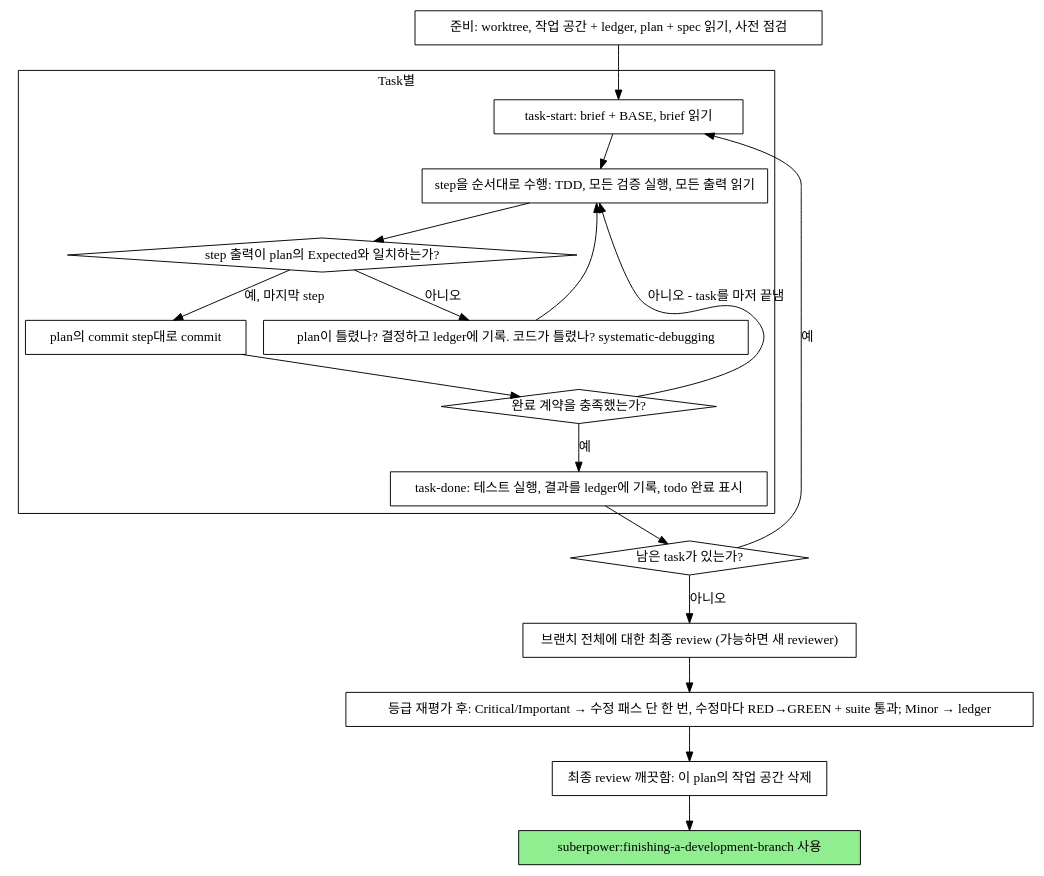
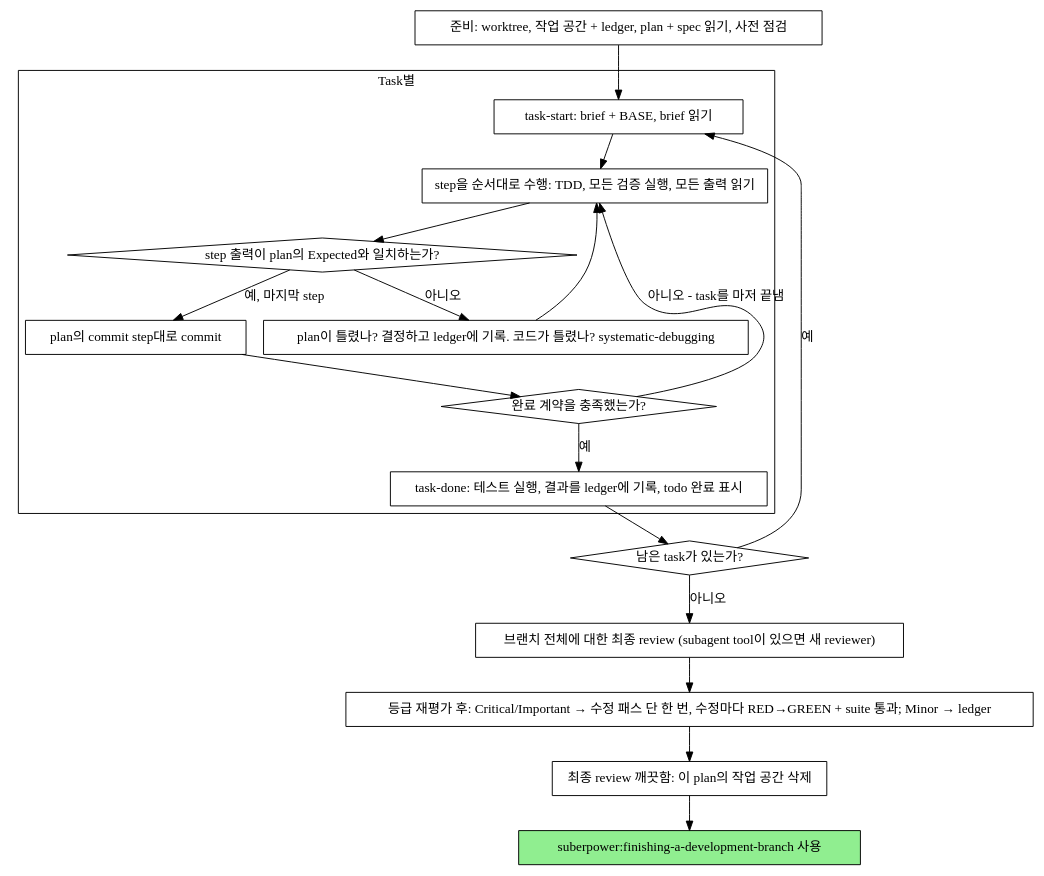
The diagram in plugins/suberpower/skills/executing-plans/SKILL.md (june20516/suberpower), drawn with Graphviz before and after one commit. The commit also changed other lines of this file and 2 other files, not shown here.

First line of the commit message:
수정: executing-plans quality review 반영 — TDD 지시 대상 명시, 문장 정리, 맥락 용어 통일, 용어집 추가

````diff
--- a/plugins/suberpower/skills/executing-plans/SKILL.md
+++ b/plugins/suberpower/skills/executing-plans/SKILL.md
@@ -67,39 +67,39 @@
 ```dot
 digraph process {
     rankdir=TB;
 
     subgraph cluster_per_task {
         label="Task별";
         "task-start: brief + BASE, brief 읽기" [shape=box];
         "step을 순서대로 수행: TDD, 모든 검증 실행, 모든 출력 읽기" [shape=box];
         "step 출력이 plan의 Expected와 일치하는가?" [shape=diamond];
         "plan이 틀렸나? 결정하고 ledger에 기록. 코드가 틀렸나? systematic-debugging" [shape=box];
         "plan의 commit step대로 commit" [shape=box];
         "완료 계약을 충족했는가?" [shape=diamond];
         "task-done: 테스트 실행, 결과를 ledger에 기록, todo 완료 표시" [shape=box];
     }
 
     "준비: worktree, 작업 공간 + ledger, plan + spec 읽기, 사전 점검" [shape=box];
     "남은 task가 있는가?" [shape=diamond];
-    "브랜치 전체에 대한 최종 review (가능하면 새 reviewer)" [shape=box];
+    "브랜치 전체에 대한 최종 review (subagent tool이 있으면 새 reviewer)" [shape=box];
     "등급 재평가 후: Critical/Important → 수정 패스 단 한 번, 수정마다 RED→GREEN + suite 통과; Minor → ledger" [shape=box];
     "최종 review 깨끗함: 이 plan의 작업 공간 삭제" [shape=box];
     "suberpower:finishing-a-development-branch 사용" [shape=box style=filled fillcolor=lightgreen];
 
     "준비: worktree, 작업 공간 + ledger, plan + spec 읽기, 사전 점검" -> "task-start: brief + BASE, brief 읽기";
     "task-start: brief + BASE, brief 읽기" -> "step을 순서대로 수행: TDD, 모든 검증 실행, 모든 출력 읽기";
     "step을 순서대로 수행: TDD, 모든 검증 실행, 모든 출력 읽기" -> "step 출력이 plan의 Expected와 일치하는가?";
     "step 출력이 plan의 Expected와 일치하는가?" -> "plan이 틀렸나? 결정하고 ledger에 기록. 코드가 틀렸나? systematic-debugging" [label="아니오"];
     "plan이 틀렸나? 결정하고 ledger에 기록. 코드가 틀렸나? systematic-debugging" -> "step을 순서대로 수행: TDD, 모든 검증 실행, 모든 출력 읽기";
     "step 출력이 plan의 Expected와 일치하는가?" -> "plan의 commit step대로 commit" [label="예, 마지막 step"];
     "plan의 commit step대로 commit" -> "완료 계약을 충족했는가?";
     "완료 계약을 충족했는가?" -> "step을 순서대로 수행: TDD, 모든 검증 실행, 모든 출력 읽기" [label="아니오 - task를 마저 끝냄"];
     "완료 계약을 충족했는가?" -> "task-done: 테스트 실행, 결과를 ledger에 기록, todo 완료 표시" [label="예"];
     "task-done: 테스트 실행, 결과를 ledger에 기록, todo 완료 표시" -> "남은 task가 있는가?";
     "남은 task가 있는가?" -> "task-start: brief + BASE, brief 읽기" [label="예"];
-    "남은 task가 있는가?" -> "브랜치 전체에 대한 최종 review (가능하면 새 reviewer)" [label="아니오"];
-    "브랜치 전체에 대한 최종 review (가능하면 새 reviewer)" -> "등급 재평가 후: Critical/Important → 수정 패스 단 한 번, 수정마다 RED→GREEN + suite 통과; Minor → ledger";
+    "남은 task가 있는가?" -> "브랜치 전체에 대한 최종 review (subagent tool이 있으면 새 reviewer)" [label="아니오"];
+    "브랜치 전체에 대한 최종 review (subagent tool이 있으면 새 reviewer)" -> "등급 재평가 후: Critical/Important → 수정 패스 단 한 번, 수정마다 RED→GREEN + suite 통과; Minor → ledger";
     "등급 재평가 후: Critical/Important → 수정 패스 단 한 번, 수정마다 RED→GREEN + suite 통과; Minor → ledger" -> "최종 review 깨끗함: 이 plan의 작업 공간 삭제";
     "최종 review 깨끗함: 이 plan의 작업 공간 삭제" -> "suberpower:finishing-a-development-branch 사용";
 }
 ```
````
